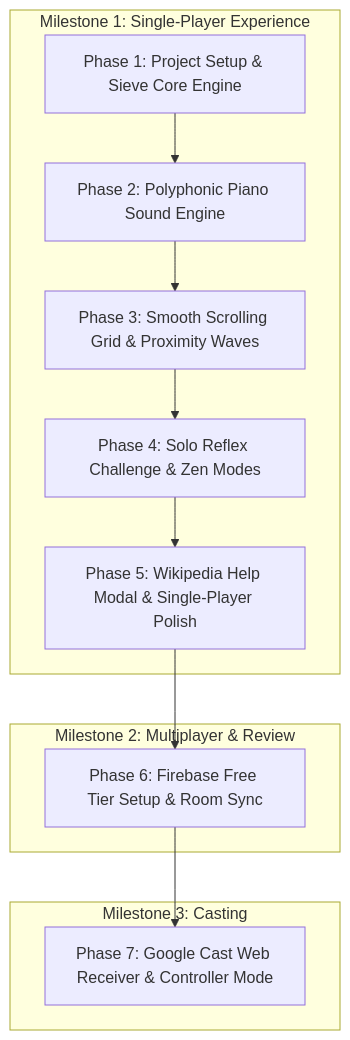
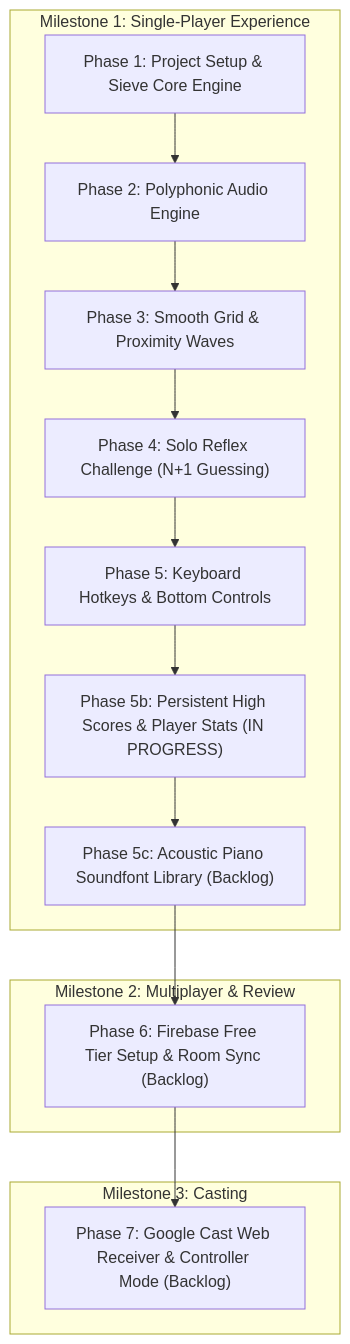
One commit to fredgc/sieve changed the diagram in plan.md. Above: the diagram before and after it, drawn with Mermaid. The commit also changed other lines of this file and 188 other files, not shown here.

First line of the commit message:
v3.1.0: Light/dark mode, i18n localization, realtime multiplayer, and reflex game

````diff
--- a/plan.md
+++ b/plan.md
@@ -192,17 +387,19 @@
 ```mermaid
 flowchart TD
     subgraph Milestone 1: Single-Player Experience
-        A1["Phase 1: Project Setup & Sieve Core Engine"] --> A2["Phase 2: Polyphonic Piano Sound Engine"]
-        A2 --> A3["Phase 3: Smooth Scrolling Grid & Proximity Waves"]
-        A3 --> A4["Phase 4: Solo Reflex Challenge & Zen Modes"]
-        A4 --> A5["Phase 5: Wikipedia Help Modal & Single-Player Polish"]
+        A1["Phase 1: Project Setup & Sieve Core Engine"] --> A2["Phase 2: Polyphonic Audio Engine"]
+        A2 --> A3["Phase 3: Smooth Grid & Proximity Waves"]
+        A3 --> A4["Phase 4: Solo Reflex Challenge (N+1 Guessing)"]
+        A4 --> A5["Phase 5: Keyboard Hotkeys & Bottom Controls"]
+        A5 --> A6["Phase 5b: Persistent High Scores & Player Stats (IN PROGRESS)"]
+        A6 --> A7["Phase 5c: Acoustic Piano Soundfont Library (Backlog)"]
     end
     subgraph Milestone 2: Multiplayer & Review
-        B1["Phase 6: Firebase Free Tier Setup & Room Sync"]
+        B1["Phase 6: Firebase Free Tier Setup & Room Sync (Backlog)"]
     end
     subgraph Milestone 3: Casting
-        C1["Phase 7: Google Cast Web Receiver & Controller Mode"]
+        C1["Phase 7: Google Cast Web Receiver & Controller Mode (Backlog)"]
     end
-    A5 --> B1
+    A7 --> B1
     B1 --> C1
 ```
````
